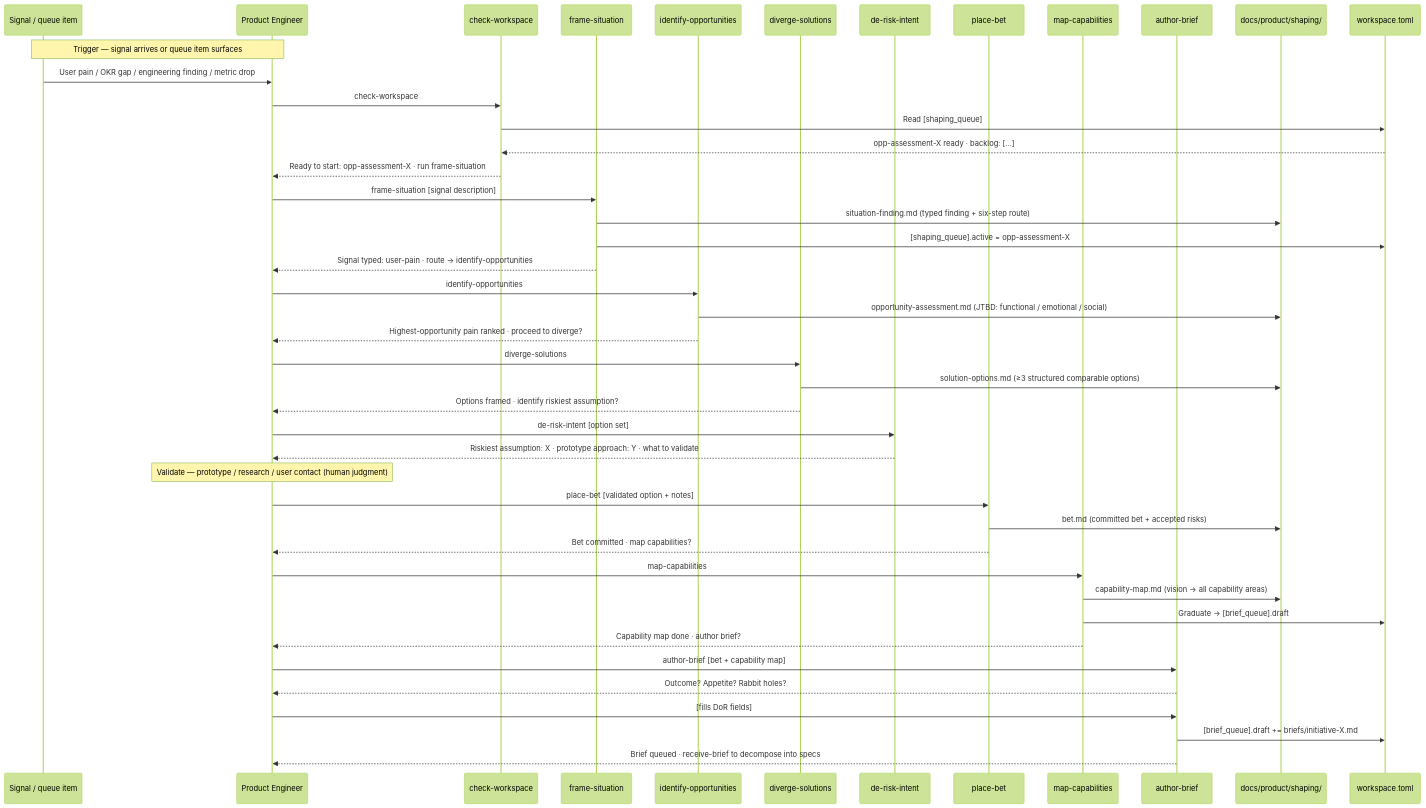
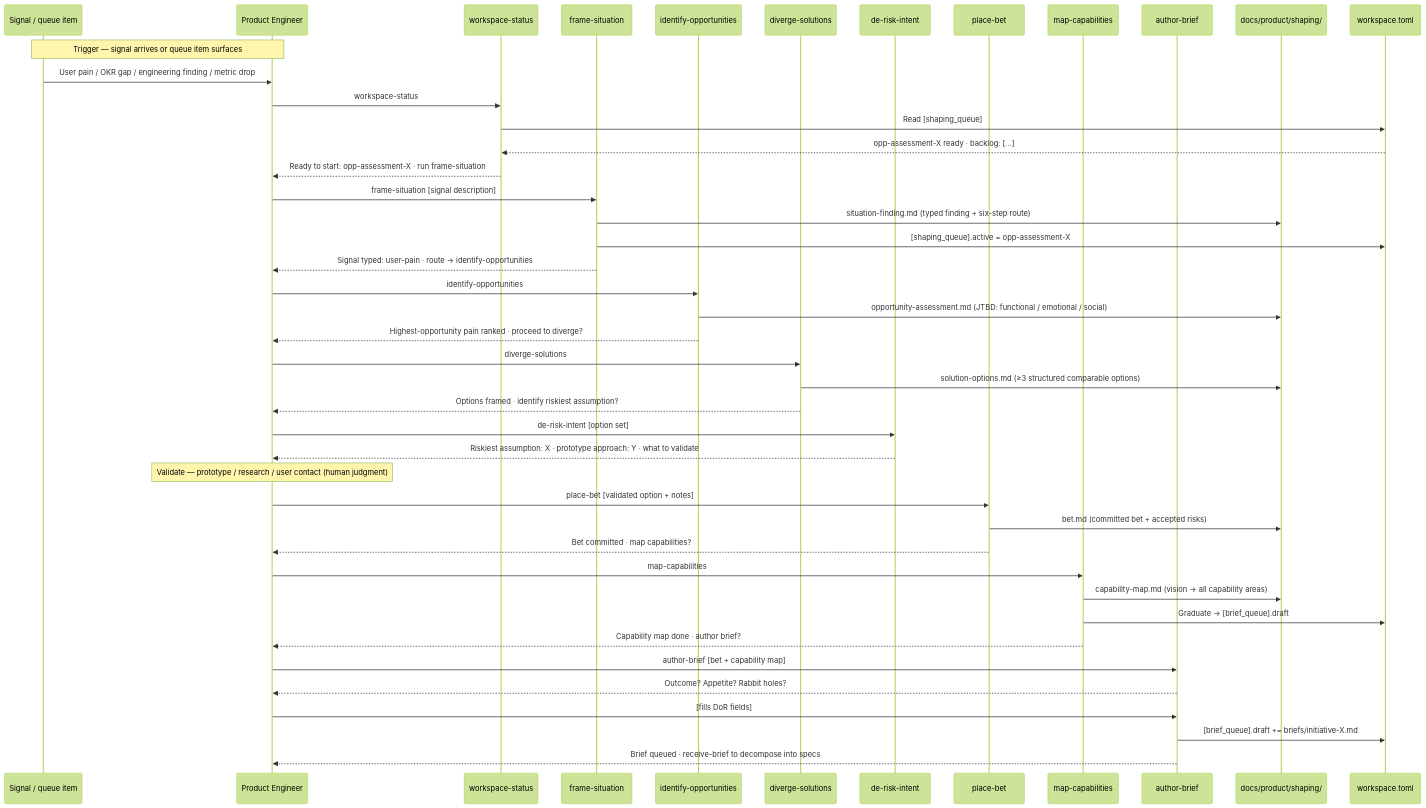
The second of 2 diagrams in docs/product/journeys/product-engineer-shapes-initiative.md (eugenelim/agent-ready-repo), drawn with Mermaid (forest theme) before and after one commit. The commit also changed other lines of this file and 40 other files, not shown here.

First line of the commit message:
feat(core): rename check-workspace → workspace-status (RFC-0067 Change A) (#565)

````diff
--- a/docs/product/journeys/product-engineer-shapes-initiative.md
+++ b/docs/product/journeys/product-engineer-shapes-initiative.md
@@ -71,55 +71,55 @@
 ```mermaid
 sequenceDiagram
     participant SIG as Signal / queue item
     participant PE as Product Engineer
-    participant CW as check-workspace
+    participant CW as workspace-status
     participant FS as frame-situation
     participant IO as identify-opportunities
     participant DS as diverge-solutions
     participant DRI as de-risk-intent
     participant PB as place-bet
     participant MC as map-capabilities
     participant AB as author-brief
     participant SA as docs/product/shaping/
     participant WS as workspace.toml
 
     Note over SIG,PE: Trigger — signal arrives or queue item surfaces
     SIG->>PE: User pain / OKR gap / engineering finding / metric drop
-    PE->>CW: check-workspace
+    PE->>CW: workspace-status
     CW->>WS: Read [shaping_queue]
     WS-->>CW: opp-assessment-X ready · backlog: [...]
     CW-->>PE: Ready to start: opp-assessment-X · run frame-situation
 
     PE->>FS: frame-situation [signal description]
     FS->>SA: situation-finding.md (typed finding + six-step route)
     FS->>WS: [shaping_queue].active = opp-assessment-X
     FS-->>PE: Signal typed: user-pain · route → identify-opportunities
 
     PE->>IO: identify-opportunities
     IO->>SA: opportunity-assessment.md (JTBD: functional / emotional / social)
     IO-->>PE: Highest-opportunity pain ranked · proceed to diverge?
 
     PE->>DS: diverge-solutions
     DS->>SA: solution-options.md (≥3 structured comparable options)
     DS-->>PE: Options framed · identify riskiest assumption?
 
     PE->>DRI: de-risk-intent [option set]
     DRI-->>PE: Riskiest assumption: X · prototype approach: Y · what to validate
 
     Note over PE: Validate — prototype / research / user contact (human judgment)
 
     PE->>PB: place-bet [validated option + notes]
     PB->>SA: bet.md (committed bet + accepted risks)
     PB-->>PE: Bet committed · map capabilities?
 
     PE->>MC: map-capabilities
     MC->>SA: capability-map.md (vision → all capability areas)
     MC->>WS: Graduate → [brief_queue].draft
     MC-->>PE: Capability map done · author brief?
 
     PE->>AB: author-brief [bet + capability map]
     AB-->>PE: Outcome? Appetite? Rabbit holes?
     PE->>AB: [fills DoR fields]
     AB->>WS: [brief_queue].draft += briefs/initiative-X.md
     AB-->>PE: Brief queued · receive-brief to decompose into specs
 ```
````
